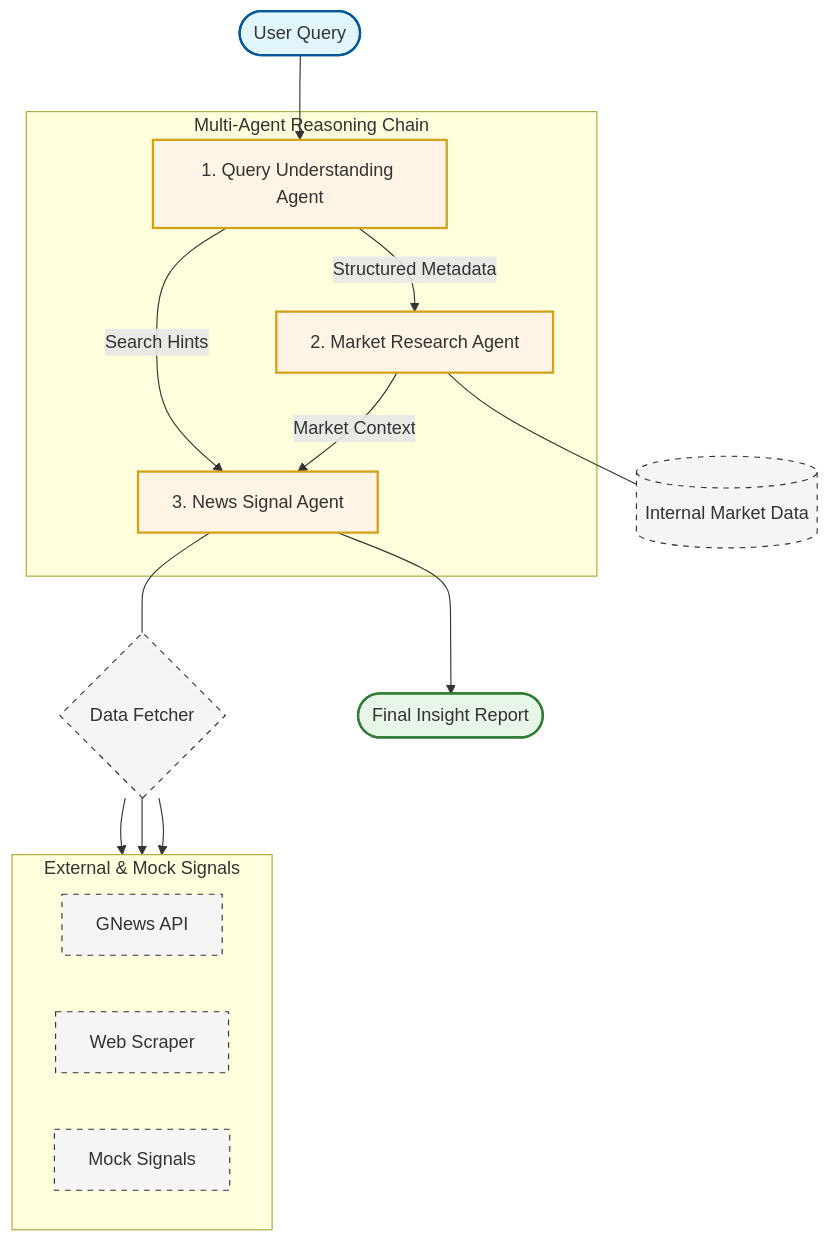
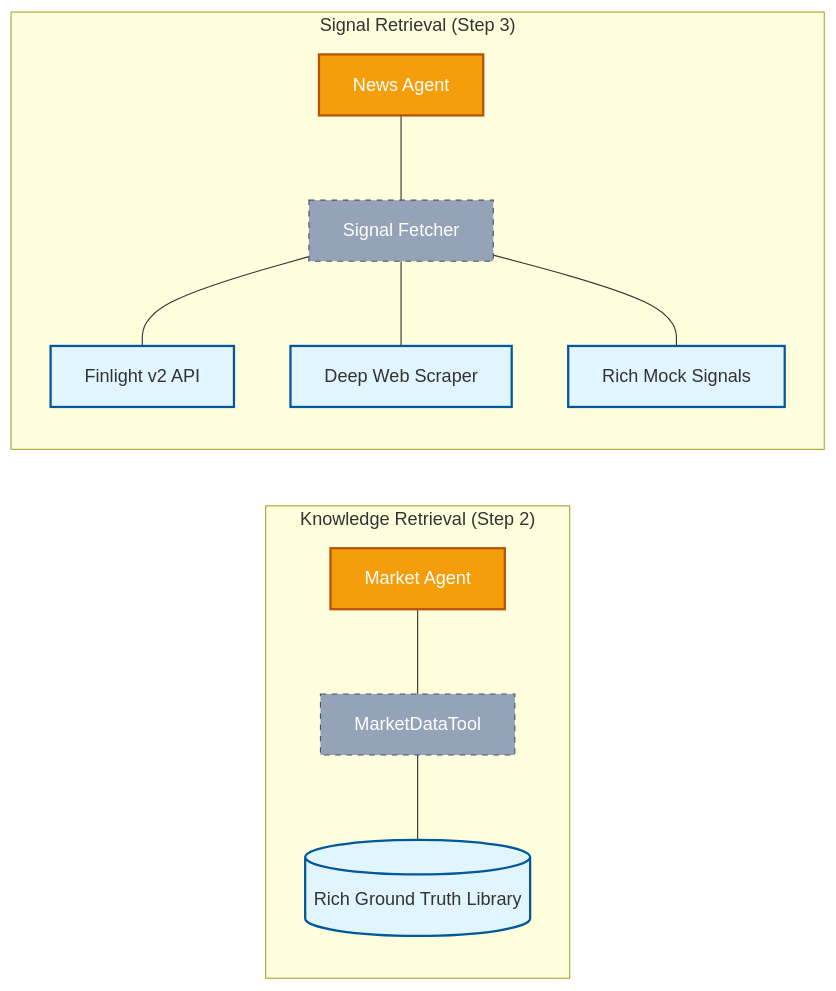
One commit to SAHUTHUB/AI-Multi-Agent-Market-Exploration-System changed the first of 2 diagrams in DATA_SOURCES.md. Above: the diagram before and after it, drawn with Mermaid. The commit also changed other lines of this file and 1 other file, not shown here.

````diff
--- a/DATA_SOURCES.md
+++ b/DATA_SOURCES.md
@@ -21,45 +20,24 @@
 ```mermaid
-graph TD
+graph LR
     %% Define Styles
-    classDef user fill:#e1f5fe,stroke:#01579b,stroke-width:2px
-    classDef agent fill:#fff4e5,stroke:#d4a017,stroke-width:2px
-    classDef tool fill:#f5f5f5,stroke:#333,stroke-dasharray: 5 5
-    classDef result fill:#e8f5e9,stroke:#2e7d32,stroke-width:2px
+    classDef agent fill:#f59e0b,stroke:#b45309,stroke-width:2px,color:#fff
+    classDef tool fill:#94a3b8,stroke:#475569,stroke-dasharray: 5 5,color:#fff
+    classDef source fill:#e1f5fe,stroke:#01579b,stroke-width:2px
 
-    %% Flow
-    Input([User Query]) --> QUA
-
-    subgraph Agents [Multi-Agent Reasoning Chain]
-        QUA[1. Query Understanding Agent]
-        MRA[2. Market Research Agent]
-        NSA[3. News Signal Agent]
-        
-        %% Sequence & Context Passing
-        QUA -->|Structured Metadata| MRA
-        MRA -->|Market Context| NSA
-        QUA -->|Search Hints| NSA
+    subgraph "Knowledge Retrieval (Step 2)"
+        Agent2[Market Agent] --- Tool1[MarketDataTool]
+        Tool1 --- S1[(Rich Ground Truth Library)]
     end
 
-    %% Tools Interaction
-    MRA --- Tool1[(Internal Market Data)]
-    
-    NSA --- Tool2{Data Fetcher}
-    subgraph ExternalSources [External & Mock Signals]
-        direction LR
-        S1[GNews API]
-        S2[Web Scraper]
-        S3[Mock Signals]
+    subgraph "Signal Retrieval (Step 3)"
+        Agent3[News Agent] --- Tool2[Signal Fetcher]
+        Tool2 --- P1[Finlight v2 API]
+        Tool2 --- P2[Deep Web Scraper]
+        Tool2 --- P3[Rich Mock Signals]
     end
-    Tool2 --> S1
-    Tool2 --> S2
-    Tool2 --> S3
-
-    %% Final Output
-    NSA --> Output([Final Insight Report])
 
     %% Assign Classes
-    class Input user
-    class QUA,MRA,NSA agent
-    class Tool1,Tool2,S1,S2,S3 tool
-    class Output result
+    class Agent2,Agent3 agent
+    class Tool1,Tool2 tool
+    class S1,P1,P2,P3 source
 ```
````
